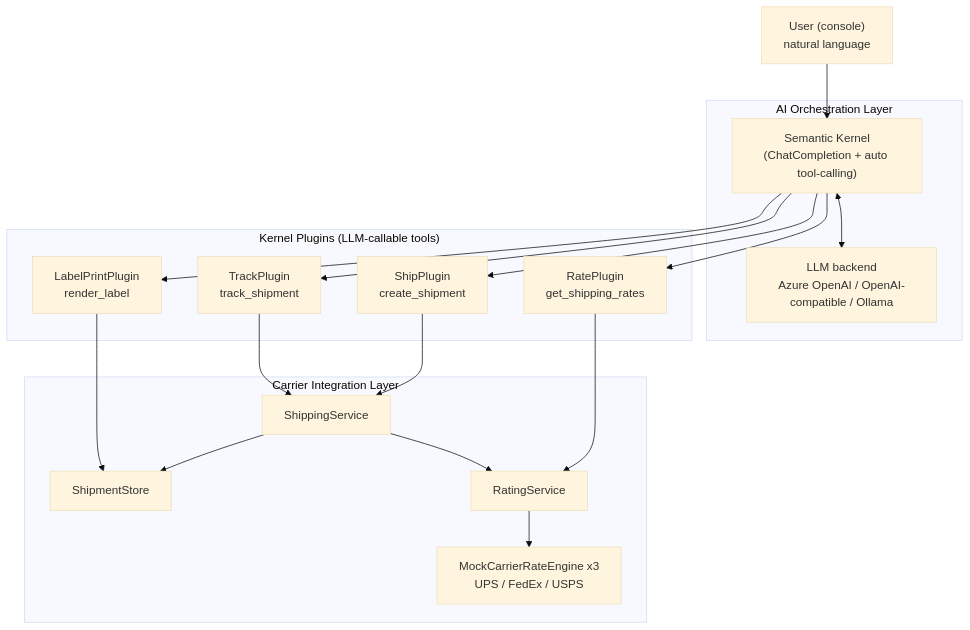
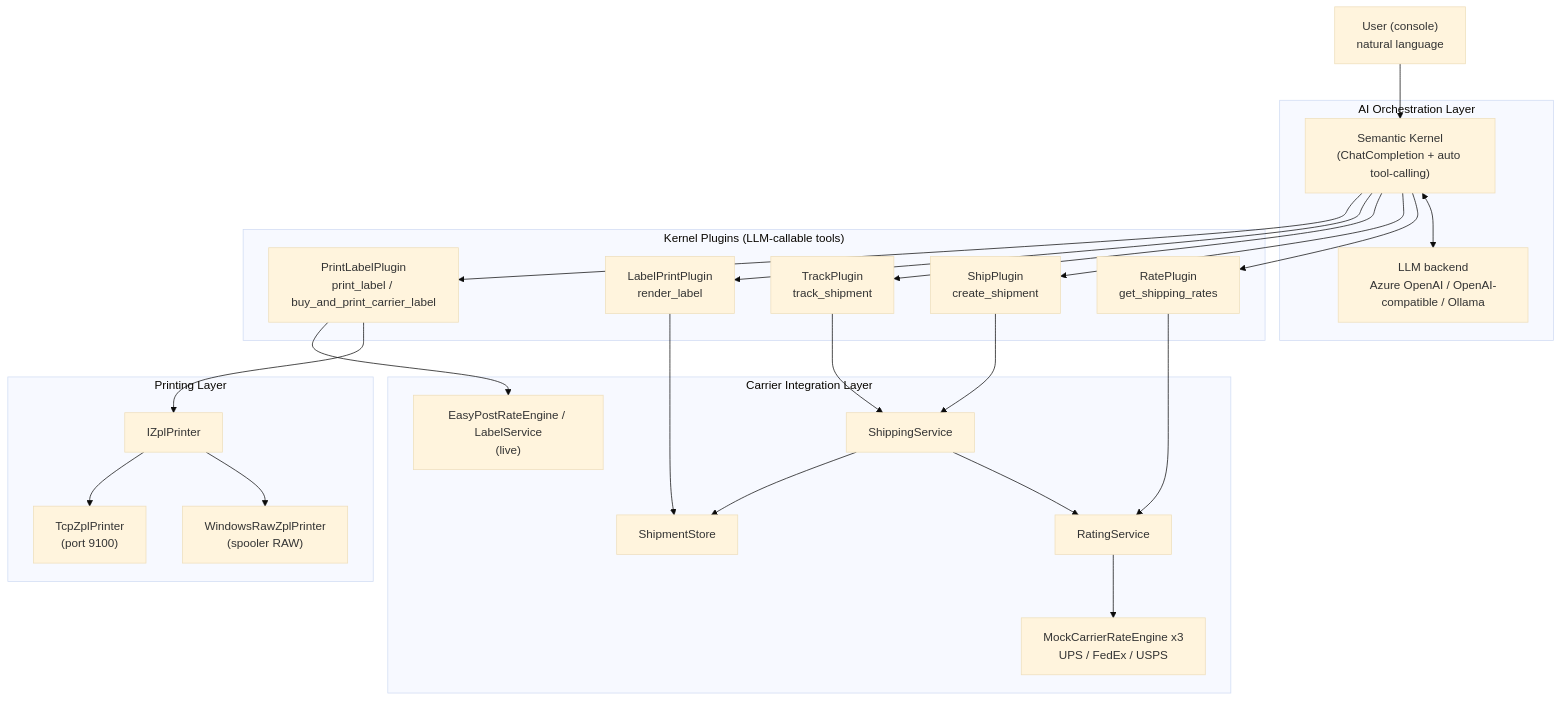
Before and after one commit to LavenderDaisy/ShipMate.AI: the first of 2 diagrams in README.md, drawn with Mermaid (base theme). The commit also changed other lines of this file and 3 other files, not shown here.

````diff
--- a/README.md
+++ b/README.md
@@ -36,37 +38,50 @@
 ```mermaid
 flowchart TB
     U["User (console)<br/>natural language"]
 
     subgraph AI["AI Orchestration Layer"]
         SK["Semantic Kernel<br/>(ChatCompletion + auto tool-calling)"]
         LLM["LLM backend<br/>Azure OpenAI / OpenAI-compatible / Ollama"]
     end
 
     subgraph Tools["Kernel Plugins (LLM-callable tools)"]
         RP["RatePlugin<br/>get_shipping_rates"]
         SP["ShipPlugin<br/>create_shipment"]
         TP["TrackPlugin<br/>track_shipment"]
         LP["LabelPrintPlugin<br/>render_label"]
+        PP["PrintLabelPlugin<br/>print_label / buy_and_print_carrier_label"]
     end
 
     subgraph Carriers["Carrier Integration Layer"]
         RS["RatingService"]
         SS["ShippingService"]
         STORE["ShipmentStore"]
         CE["MockCarrierRateEngine x3<br/>UPS / FedEx / USPS"]
+        EP["EasyPostRateEngine / LabelService<br/>(live)"]
+    end
+
+    subgraph Print["Printing Layer"]
+        ZP["IZplPrinter"]
+        WIN["WindowsRawZplPrinter<br/>(spooler RAW)"]
+        TCP["TcpZplPrinter<br/>(port 9100)"]
     end
 
     U --> SK
     SK <--> LLM
     SK --> RP
     SK --> SP
     SK --> TP
     SK --> LP
+    SK --> PP
     RP --> RS
     SP --> SS
     TP --> SS
     LP --> STORE
+    PP --> ZP
+    PP --> EP
+    ZP --> WIN
+    ZP --> TCP
     RS --> CE
     SS --> RS
     SS --> STORE
 ```
````
